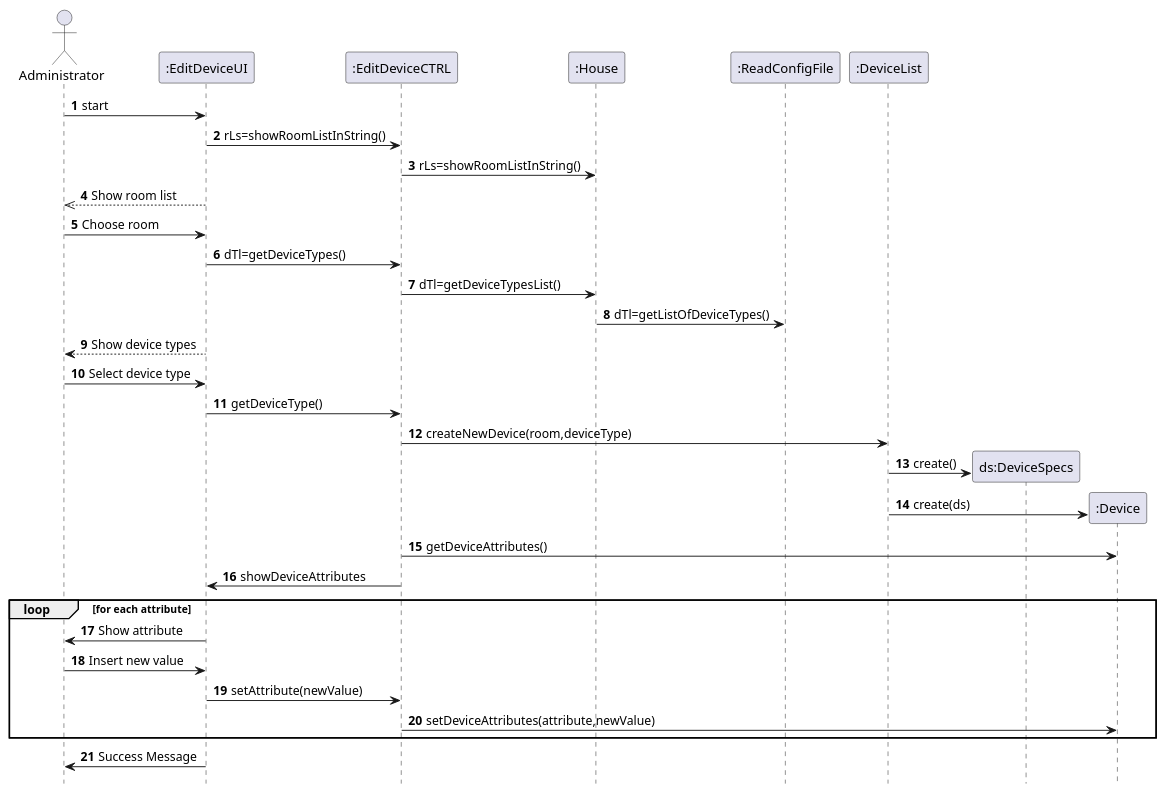
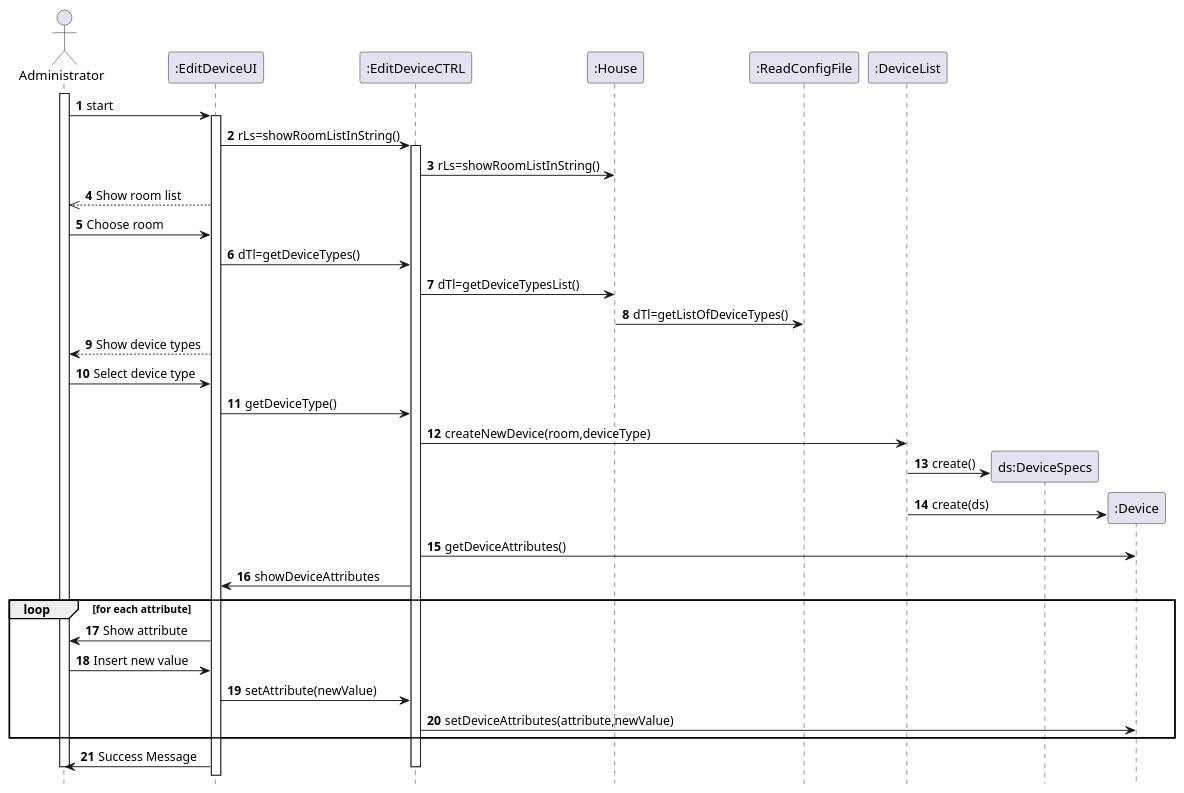
One commit to emanuel-pereira/hou changed the diagram in src/main/java/smarthome/uml/sequencediagrams/CreateDeviceSequence.puml. Above: the diagram before and after it, drawn with PlantUML. The commit also changed 36 other files, not shown here.

```diff
--- a/src/main/java/smarthome/uml/sequencediagrams/CreateDeviceSequence.puml
+++ b/src/main/java/smarthome/uml/sequencediagrams/CreateDeviceSequence.puml
@@ -1,56 +1,59 @@
 @startuml
 autonumber
 hidefootbox
 
 actor Administrator
+activate Administrator
 
 Administrator -> ":EditDeviceUI": start
 
+activate ":EditDeviceUI"
 
 ":EditDeviceUI" -> ":EditDeviceCTRL": rLs=showRoomListInString()
 
+activate ":EditDeviceCTRL"
 
 ":EditDeviceCTRL" -> ":House": rLs=showRoomListInString()
 
 Administrator <<-- ":EditDeviceUI": Show room list
 
 Administrator -> ":EditDeviceUI": Choose room
 
 ":EditDeviceUI" -> ":EditDeviceCTRL": dTl=getDeviceTypes()
 
 ":EditDeviceCTRL" -> ":House": dTl=getDeviceTypesList()
 
 ":House" -> ":ReadConfigFile": dTl=getListOfDeviceTypes()
 
 ":EditDeviceUI" --> "Administrator": Show device types
 
 "Administrator" -> ":EditDeviceUI": Select device type
 
 ":EditDeviceUI" -> ":EditDeviceCTRL": getDeviceType()
 
 
 ":EditDeviceCTRL" -> ":DeviceList": createNewDevice(room,deviceType)
 
 create "ds:DeviceSpecs"
 ":DeviceList" -> "ds:DeviceSpecs": create()
 
 create ":Device"
 ":DeviceList" -> ":Device": create(ds)
 
 ":Device" <- ":EditDeviceCTRL": getDeviceAttributes()
 
 ":EditDeviceCTRL" -> ":EditDeviceUI": showDeviceAttributes
 
  loop for each attribute
 	    ":EditDeviceUI" -> Administrator: Show attribute
 	    "Administrator" -> ":EditDeviceUI": Insert new value
         ":EditDeviceUI" -> ":EditDeviceCTRL": setAttribute(newValue)
         ":EditDeviceCTRL" -> ":Device": setDeviceAttributes(attribute,newValue)
 
 end
         ":EditDeviceUI" -> "Administrator": Success Message
 
 deactivate ":EditDeviceCTRL"
 deactivate Administrator
 
 @enduml
```
